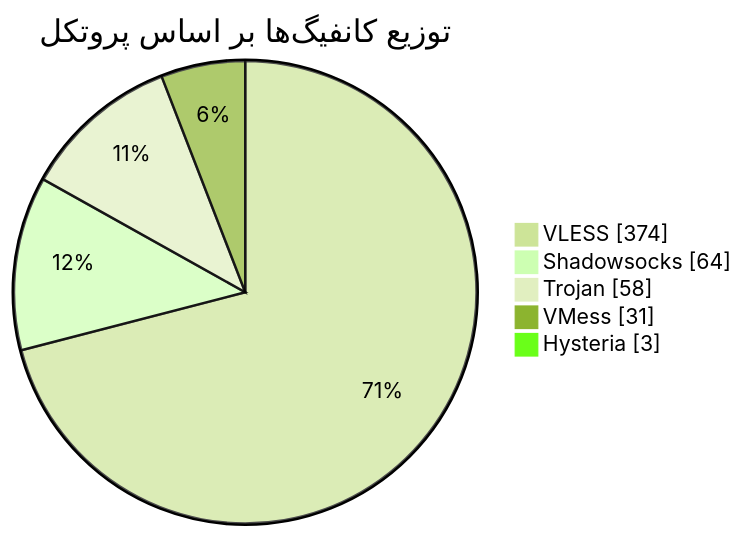
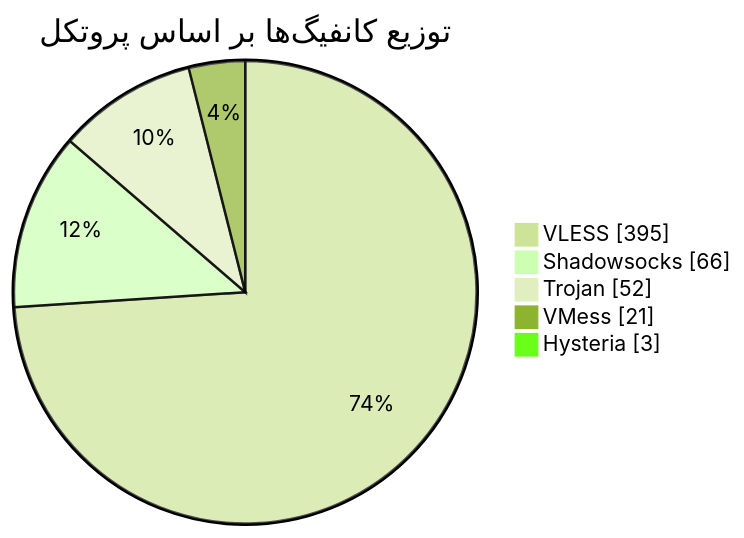
One commit to Arian-Alijani/Somthing changed the diagram in README.md. Above: the diagram before and after it, drawn with Mermaid (forest theme). The commit also changed other lines of this file and 73 other files, not shown here.

````diff
--- a/README.md
+++ b/README.md
@@ -47,9 +47,9 @@
 ```mermaid
 pie showData
     title توزیع کانفیگ‌ها بر اساس پروتکل
-    "VLESS" : 374
-    "Shadowsocks" : 64
-    "Trojan" : 58
-    "VMess" : 31
+    "VLESS" : 395
+    "Shadowsocks" : 66
+    "Trojan" : 52
+    "VMess" : 21
     "Hysteria" : 3
 ```
````
